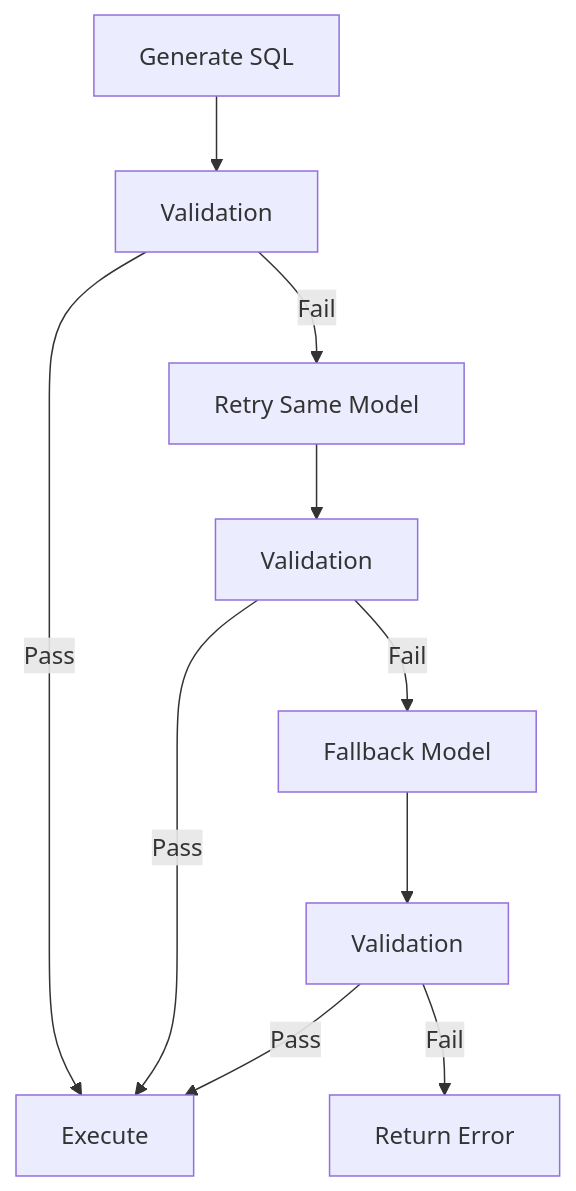
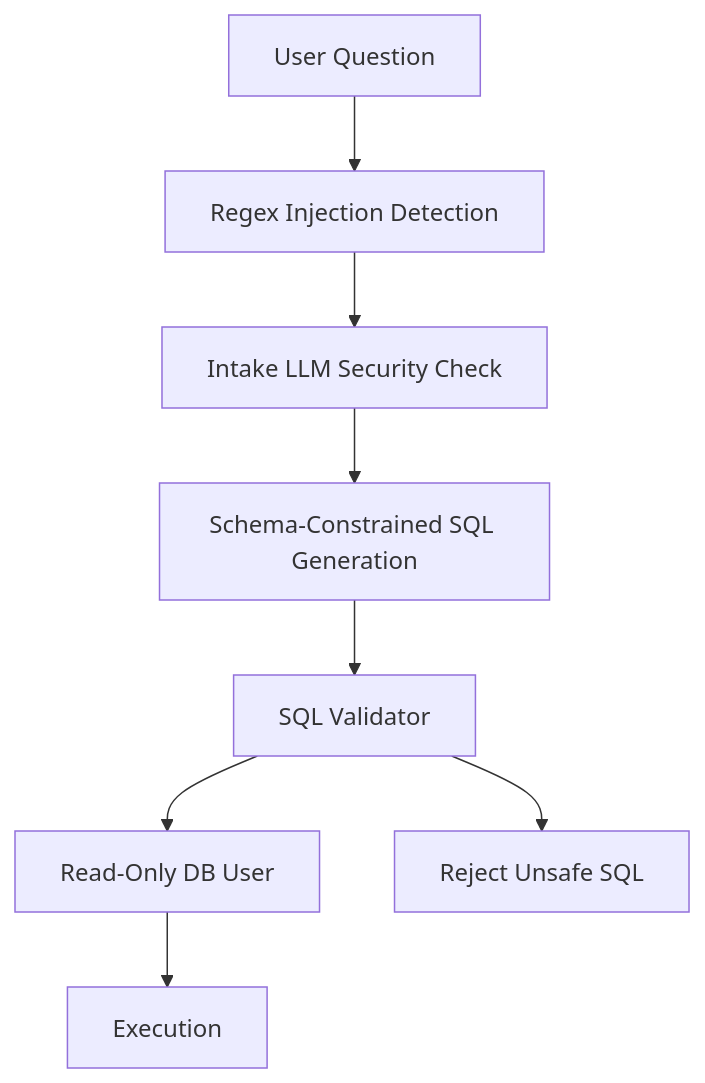
One commit to Nivetha-Tapmobi/CA_NL2SQL changed the third of 3 diagrams in README.md. Above: the diagram before and after it, drawn with Mermaid. The commit also changed other lines of this file, not shown here.

````diff
--- a/README.md
+++ b/README.md
@@ -369,23 +351,19 @@
 ```mermaid
 flowchart TD
 
-    A[Generate SQL]
+    A[User Question]
 
-    A --> B[Validation]
+    A --> B[Regex Injection Detection]
 
-    B -->|Pass| C[Execute]
+    B --> C[Intake LLM Security Check]
 
-    B -->|Fail| D[Retry Same Model]
+    C --> D[Schema-Constrained SQL Generation]
 
-    D --> E[Validation]
+    D --> E[SQL Validator]
 
-    E -->|Pass| C
+    E --> F[Read-Only DB User]
 
-    E -->|Fail| F[Fallback Model]
+    F --> G[Execution]
 
-    F --> G[Validation]
-
-    G -->|Pass| C
-
-    G -->|Fail| H[Return Error]
+    E --> X[Reject Unsafe SQL]
 ```
````
